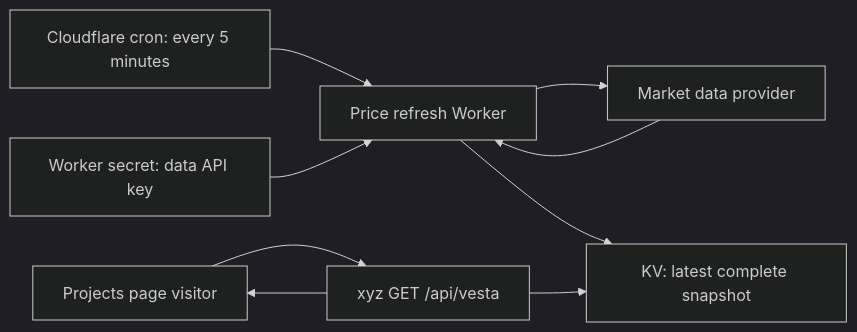
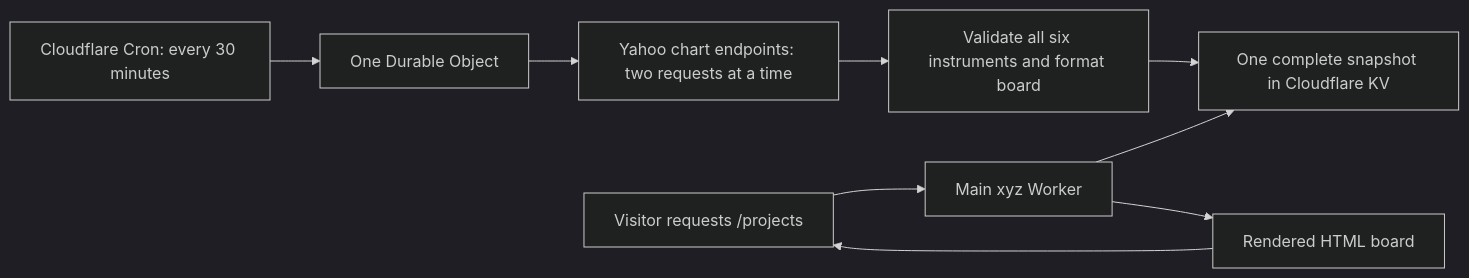
One commit to akan72/xyz changed the diagram in docs/vesta/README.md. Above: the diagram before and after it, drawn with Mermaid (dark theme). The commit also changed other lines of this file and 16 other files, not shown here.

Commit message:
feat: render scheduled Yahoo prices on the Vesta project preview

````diff
--- a/docs/vesta/README.md
+++ b/docs/vesta/README.md
@@ -28,11 +12,11 @@
 ```mermaid
 flowchart LR
-    Cron[Cloudflare cron: every 5 minutes] --> Worker[Price refresh Worker]
-    Secret[Worker secret: data API key] --> Worker
-    Worker --> Provider[Market data provider]
-    Provider --> Worker
-    Worker --> KV[KV: latest complete snapshot]
-    Visitor[Projects page visitor] --> API[xyz GET /api/vesta]
-    API --> KV
-    API --> Visitor
+    Cron[Cloudflare Cron: every 30 minutes] --> Coordinator[One Durable Object]
+    Coordinator --> Yahoo[Yahoo chart endpoints: two requests at a time]
+    Yahoo --> Validate[Validate all six instruments and format board]
+    Validate --> KV[One complete snapshot in Cloudflare KV]
+    Browser[Visitor requests /projects] --> Site[Main xyz Worker]
+    Site --> KV
+    Site --> HTML[Rendered HTML board]
+    HTML --> Browser
 ```
````
